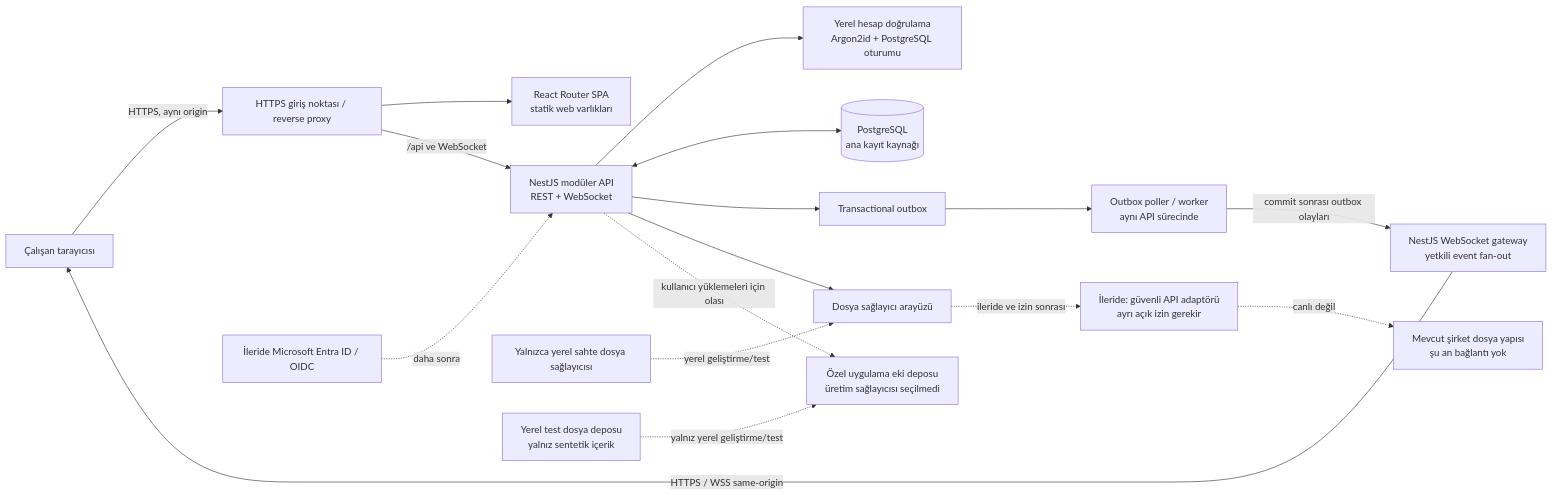
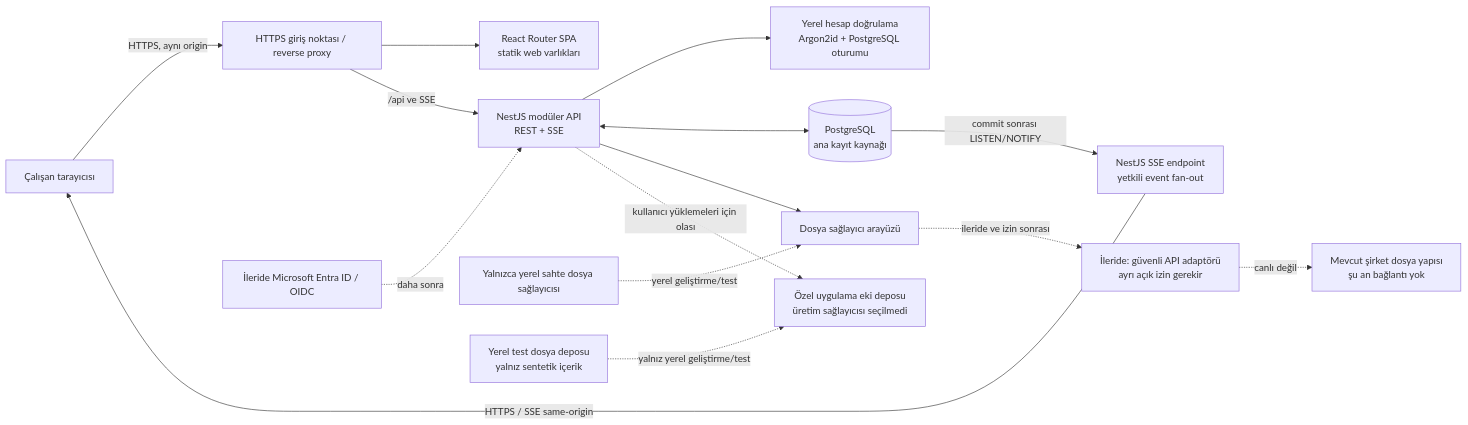
One commit to LaVeyan1337/encevpulse changed the diagram in docs/TECHNICAL_ARCHITECTURE.md. Above: the diagram before and after it, drawn with Mermaid. The commit also changed other lines of this file and 22 other files, not shown here.

````diff
--- a/docs/TECHNICAL_ARCHITECTURE.md
+++ b/docs/TECHNICAL_ARCHITECTURE.md
@@ -22,36 +22,32 @@
 ```mermaid
 flowchart LR
     U[Çalışan tarayıcısı]
     EDGE[HTTPS giriş noktası / reverse proxy]
     WEB[React Router SPA<br/>statik web varlıkları]
-    API[NestJS modüler API<br/>REST + WebSocket]
+    API[NestJS modüler API<br/>REST + SSE]
     AUTH[Yerel hesap doğrulama<br/>Argon2id + PostgreSQL oturumu]
     IDP[İleride Microsoft Entra ID / OIDC]
     DB[(PostgreSQL<br/>ana kayıt kaynağı)]
-    OUTBOX[Transactional outbox]
-    WORKER[Outbox poller / worker<br/>aynı API sürecinde]
-    PUSH[NestJS WebSocket gateway<br/>yetkili event fan-out]
+    PUSH[NestJS SSE endpoint<br/>yetkili event fan-out]
     FILEPORT[Dosya sağlayıcı arayüzü]
     FAKE[Yalnızca yerel sahte dosya sağlayıcısı]
     FUTURE[İleride: güvenli API adaptörü<br/>ayrı açık izin gerekir]
     STORAGE[Mevcut şirket dosya yapısı<br/>şu an bağlantı yok]
     ATTACH[Özel uygulama eki deposu<br/>üretim sağlayıcısı seçilmedi]
     LOCAL[Yerel test dosya deposu<br/>yalnız sentetik içerik]
 
     U -->|HTTPS, aynı origin| EDGE
     EDGE --> WEB
-    EDGE -->|/api ve WebSocket| API
+    EDGE -->|/api ve SSE| API
     API --> AUTH
     IDP -. daha sonra .-> API
     API <--> DB
-    API --> OUTBOX
-    OUTBOX --> WORKER
-    WORKER -->|commit sonrası outbox olayları| PUSH
-    PUSH -->|HTTPS / WSS same-origin| U
+    DB -->|commit sonrası LISTEN/NOTIFY| PUSH
+    PUSH -->|HTTPS / SSE same-origin| U
     API --> FILEPORT
     FAKE -. yerel geliştirme/test .-> FILEPORT
     FILEPORT -.->|ileride ve izin sonrası| FUTURE
     FUTURE -. canlı değil .-> STORAGE
     API -. kullanıcı yüklemeleri için olası .-> ATTACH
     LOCAL -. yalnız yerel geliştirme/test .-> ATTACH
 ```
````
